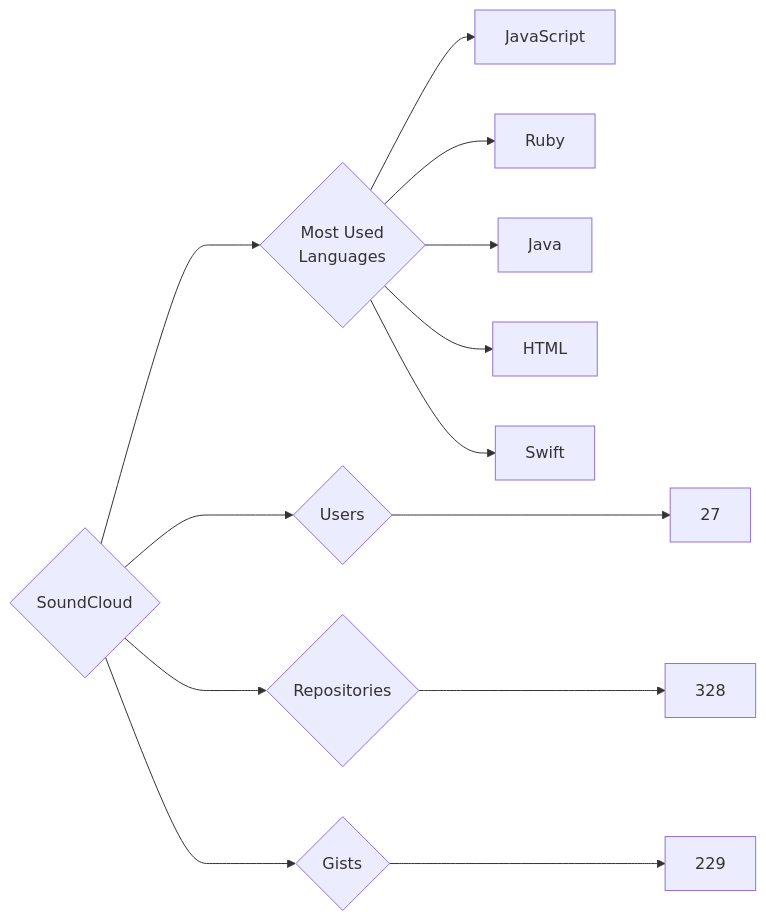
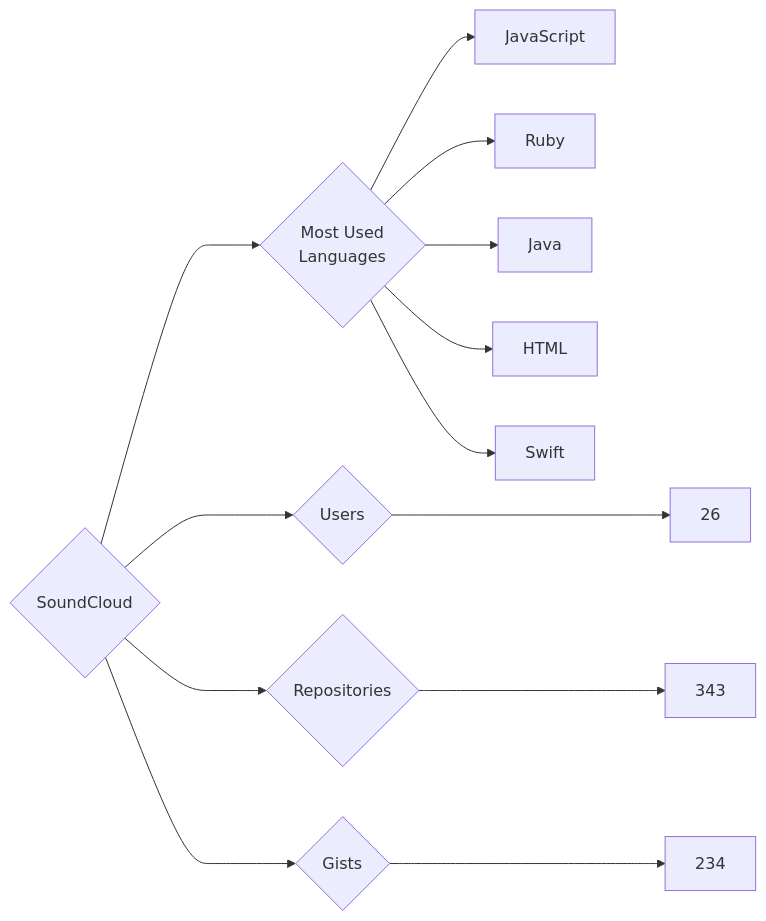
Before and after one commit to trickest/insiders: the diagram in targets/SoundCloud/README.md, drawn with Mermaid. The commit also changed 1011 other files, not shown here.

````diff
--- a/targets/SoundCloud/README.md
+++ b/targets/SoundCloud/README.md
@@ -3,13 +3,13 @@
 ```mermaid
 graph LR
 COMPANY_NAME{SoundCloud}
-COMPANY_NAME ---> U{Users} ---> UN[27]
-COMPANY_NAME ---> R{Repositories} ---> RN[328]
-COMPANY_NAME ---> G{Gists} ---> GN[229]
+COMPANY_NAME ---> U{Users} ---> UN[26]
+COMPANY_NAME ---> R{Repositories} ---> RN[343]
+COMPANY_NAME ---> G{Gists} ---> GN[234]
 COMPANY_NAME ---> ML{Most Used<br>Languages}
 ML --> JavaScript[JavaScript]
 ML --> Ruby[Ruby]
 ML --> Java[Java]
 ML --> HTML[HTML]
 ML --> Swift[Swift]
 ```
````
